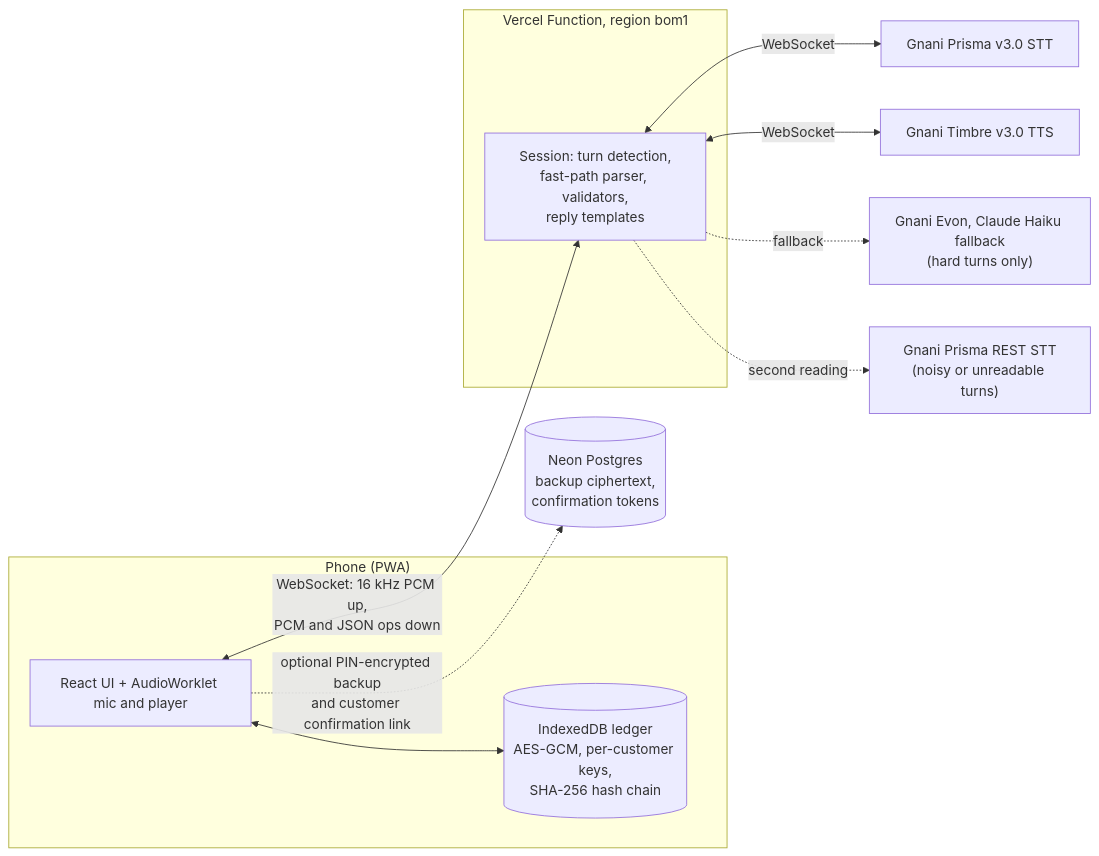
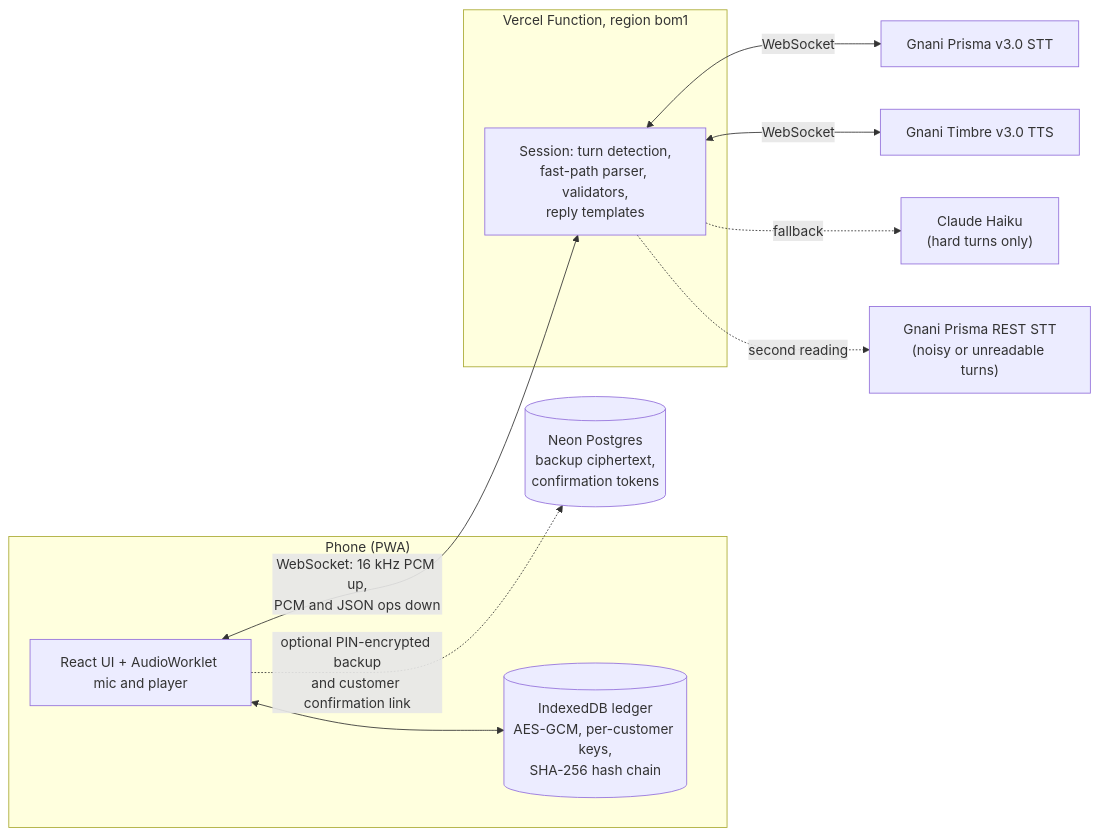
Before and after one commit to sulaiman-shariff/voice-khata: the first of 2 diagrams in README.md, drawn with Mermaid. The commit also changed other lines of this file and 19 other files, not shown here.

````diff
--- a/README.md
+++ b/README.md
@@ -28,22 +28,22 @@
 ```mermaid
 flowchart LR
   subgraph Phone["Phone (PWA)"]
     UI["React UI + AudioWorklet mic and player"]
     DB[("IndexedDB ledger<br/>AES-GCM, per-customer keys,<br/>SHA-256 hash chain")]
     UI <--> DB
   end
   subgraph Vercel["Vercel Function, region bom1"]
     S["Session: turn detection,<br/>fast-path parser, validators,<br/>reply templates"]
   end
   STT["Gnani Prisma v3.0 STT"]
   TTS["Gnani Timbre v3.0 TTS"]
   REST["Gnani Prisma REST STT<br/>(noisy or unreadable turns)"]
-  LLM["Gnani Evon, Claude Haiku fallback<br/>(hard turns only)"]
+  LLM["Claude Haiku<br/>(hard turns only)"]
   NEON[("Neon Postgres<br/>backup ciphertext,<br/>confirmation tokens")]
   UI <-- "WebSocket: 16 kHz PCM up,<br/>PCM and JSON ops down" --> S
   S <-- WebSocket --> STT
   S <-- WebSocket --> TTS
   S -. fallback .-> LLM
   S -. second reading .-> REST
   UI -. "optional PIN-encrypted backup<br/>and customer confirmation link" .-> NEON
 ```
````
